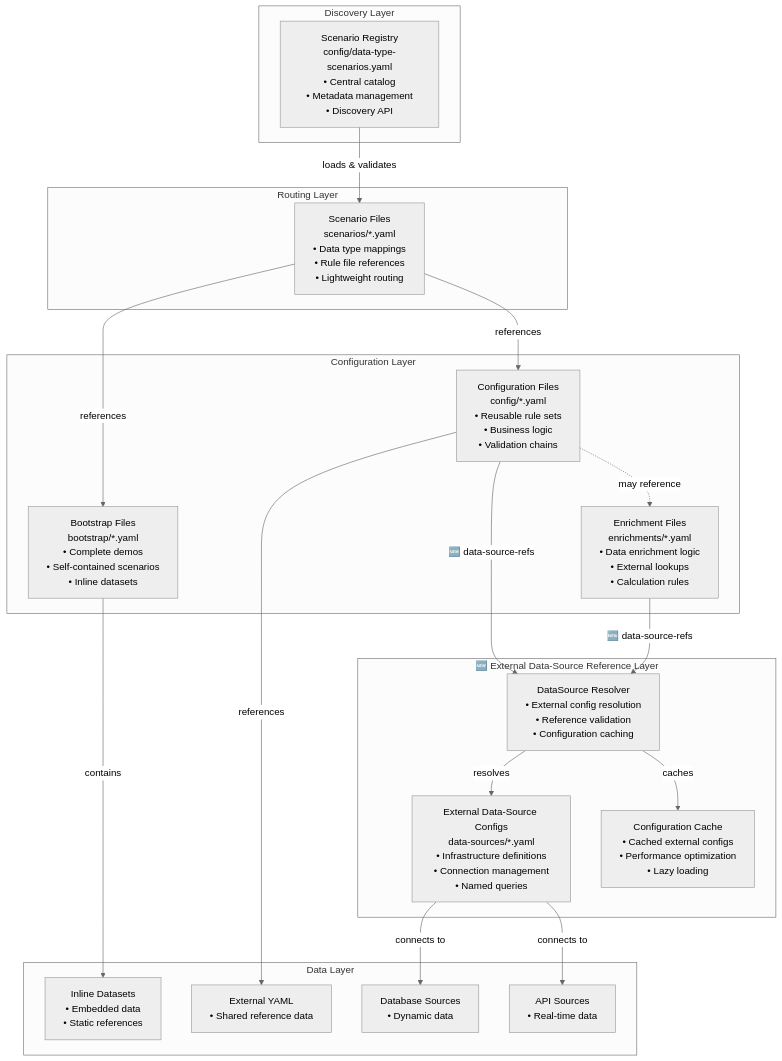
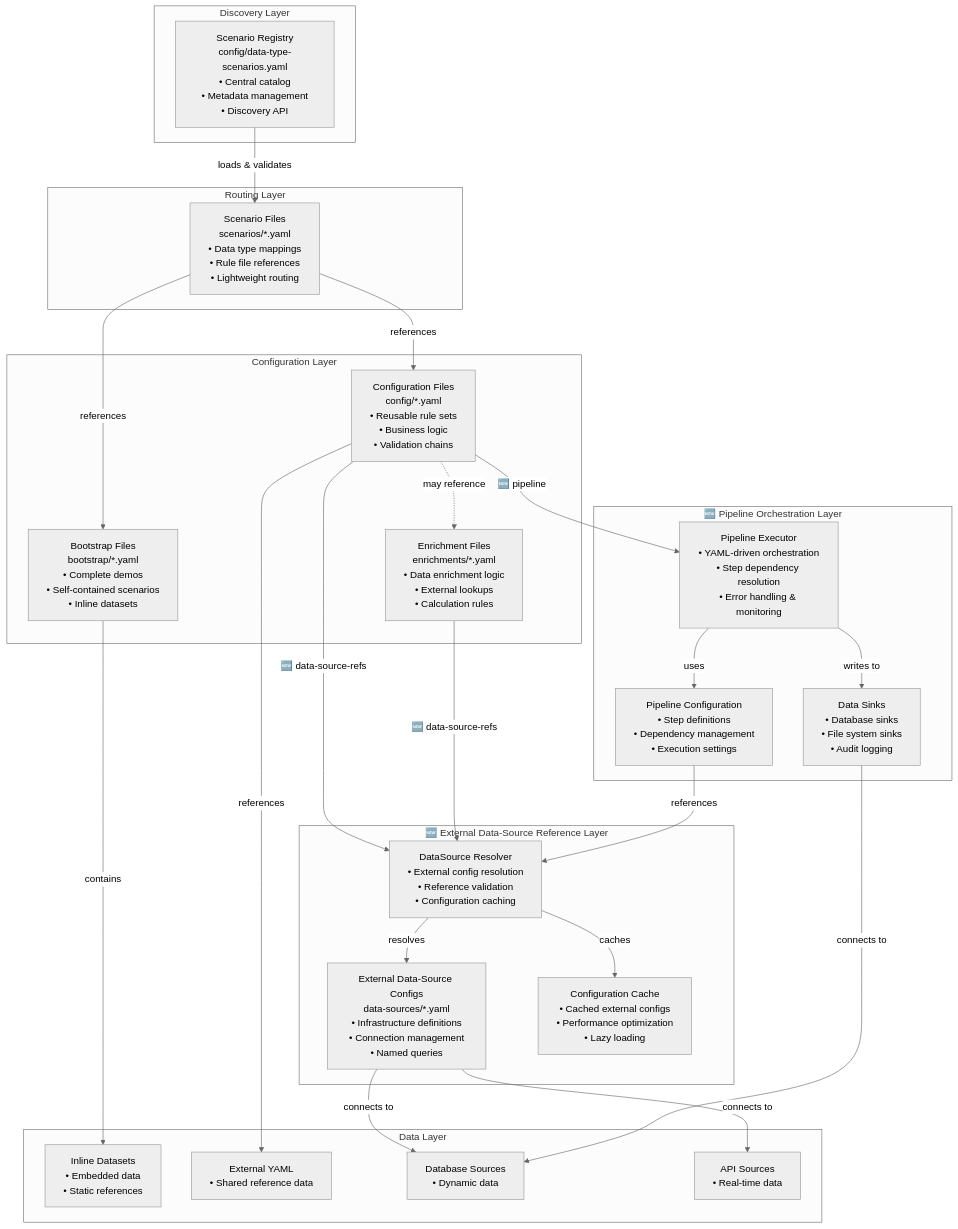
Before and after one commit to mraysmit/apex: the first of 14 diagrams in docs/APEX_TECHNICAL_REFERENCE.md, drawn with Mermaid (neutral theme). The commit also changed other lines of this file and 91 other files, not shown here.

Commit message:
Implement YAML-driven pipeline orchestration with CSV to H2 ETL demo; enhance logging, validation, and configuration management

````diff
--- a/docs/APEX_TECHNICAL_REFERENCE.md
+++ b/docs/APEX_TECHNICAL_REFERENCE.md
@@ -25,44 +27,55 @@
 ```mermaid
 graph TD
     subgraph "Discovery Layer"
         Registry["Scenario Registry<br/>config/data-type-scenarios.yaml<br/>• Central catalog<br/>• Metadata management<br/>• Discovery API"]
     end
 
     subgraph "Routing Layer"
         ScenarioFiles["Scenario Files<br/>scenarios/*.yaml<br/>• Data type mappings<br/>• Rule file references<br/>• Lightweight routing"]
     end
 
     subgraph "Configuration Layer"
         ConfigFiles["Configuration Files<br/>config/*.yaml<br/>• Reusable rule sets<br/>• Business logic<br/>• Validation chains"]
 
         BootstrapFiles["Bootstrap Files<br/>bootstrap/*.yaml<br/>• Complete demos<br/>• Self-contained scenarios<br/>• Inline datasets"]
 
         EnrichmentFiles["Enrichment Files<br/>enrichments/*.yaml<br/>• Data enrichment logic<br/>• External lookups<br/>• Calculation rules"]
     end
 
     subgraph "🆕 External Data-Source Reference Layer"
         DataSourceResolver["DataSource Resolver<br/>• External config resolution<br/>• Reference validation<br/>• Configuration caching"]
         ExternalConfigs["External Data-Source Configs<br/>data-sources/*.yaml<br/>• Infrastructure definitions<br/>• Connection management<br/>• Named queries"]
         ConfigCache["Configuration Cache<br/>• Cached external configs<br/>• Performance optimization<br/>• Lazy loading"]
     end
 
+    subgraph "🆕 Pipeline Orchestration Layer"
+        PipelineExecutor["Pipeline Executor<br/>• YAML-driven orchestration<br/>• Step dependency resolution<br/>• Error handling & monitoring"]
+        PipelineConfig["Pipeline Configuration<br/>• Step definitions<br/>• Dependency management<br/>• Execution settings"]
+        DataSinks["Data Sinks<br/>• Database sinks<br/>• File system sinks<br/>• Audit logging"]
+    end
+
     subgraph "Data Layer"
         InlineData["Inline Datasets<br/>• Embedded data<br/>• Static references"]
         ExternalYAML["External YAML<br/>• Shared reference data"]
         DatabaseSources["Database Sources<br/>• Dynamic data"]
         APISources["API Sources<br/>• Real-time data"]
     end
 
     Registry -->|"loads & validates"| ScenarioFiles
     ScenarioFiles -->|"references"| ConfigFiles
     ScenarioFiles -->|"references"| BootstrapFiles
     ConfigFiles -.->|"may reference"| EnrichmentFiles
     ConfigFiles -->|"🆕 data-source-refs"| DataSourceResolver
+    ConfigFiles -->|"🆕 pipeline"| PipelineExecutor
     EnrichmentFiles -->|"🆕 data-source-refs"| DataSourceResolver
+    PipelineExecutor -->|"uses"| PipelineConfig
+    PipelineExecutor -->|"writes to"| DataSinks
+    PipelineConfig -->|"references"| DataSourceResolver
     DataSourceResolver -->|"resolves"| ExternalConfigs
     DataSourceResolver -->|"caches"| ConfigCache
     BootstrapFiles -->|"contains"| InlineData
     ConfigFiles -->|"references"| ExternalYAML
     ExternalConfigs -->|"connects to"| DatabaseSources
     ExternalConfigs -->|"connects to"| APISources
+    DataSinks -->|"connects to"| DatabaseSources
 ```
````
